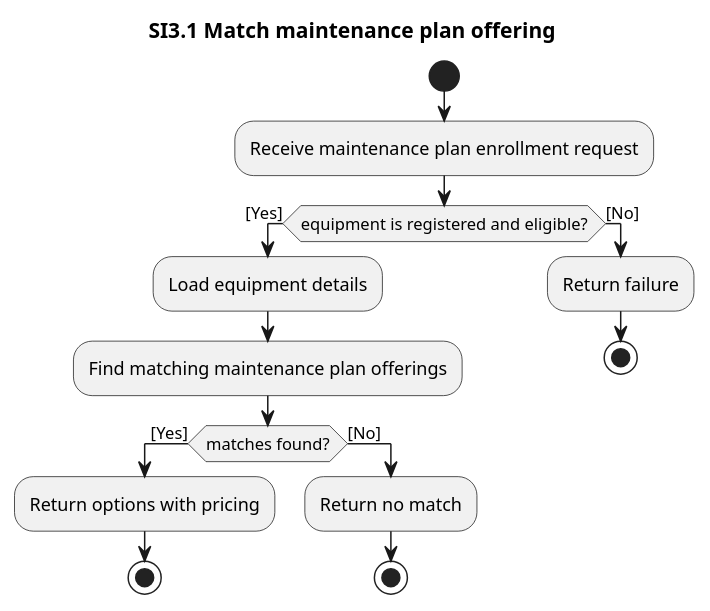
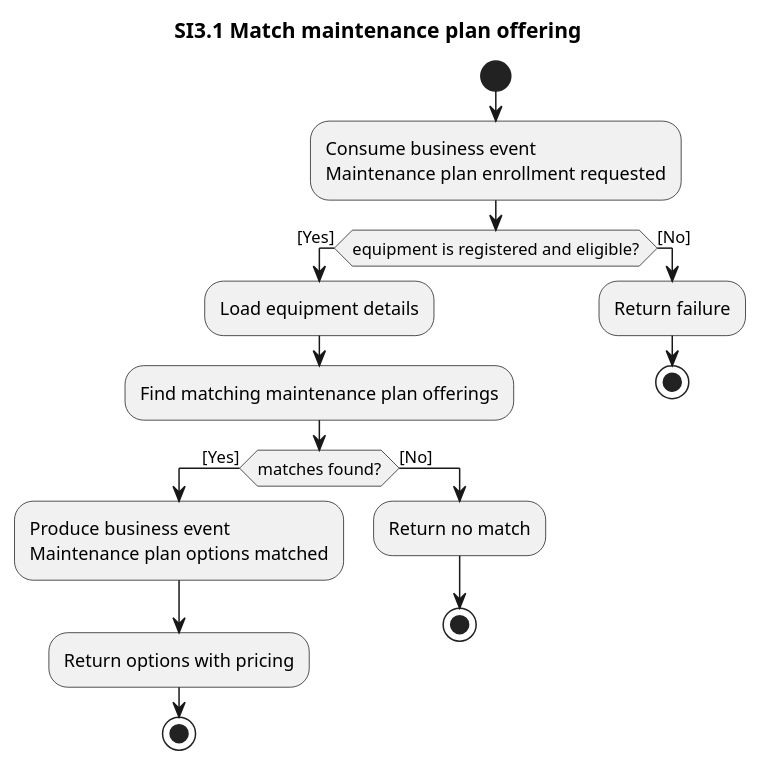
One commit to ottolote/fixme changed the diagram in docs/system-interactions/si3.1-match-maintenance-plan-offering.pu. Above: the diagram before and after it, drawn with PlantUML. The commit also changed 33 other files, not shown here.

```diff
--- a/docs/system-interactions/si3.1-match-maintenance-plan-offering.pu
+++ b/docs/system-interactions/si3.1-match-maintenance-plan-offering.pu
@@ -1,23 +1,26 @@
 @startuml si3.1-match-maintenance-plan-offering
 title SI3.1 Match maintenance plan offering
 
 start
-:Receive maintenance plan enrollment request;
+:Consume business event
+Maintenance plan enrollment requested;
 
 if (equipment is registered and eligible?) then ([Yes])
   :Load equipment details;
   :Find matching maintenance plan offerings;
 
   if (matches found?) then ([Yes])
+    :Produce business event
+Maintenance plan options matched;
     :Return options with pricing;
     stop
   else ([No])
     :Return no match;
     stop
   endif
 else ([No])
   :Return failure;
   stop
 endif
 
 @enduml
```
